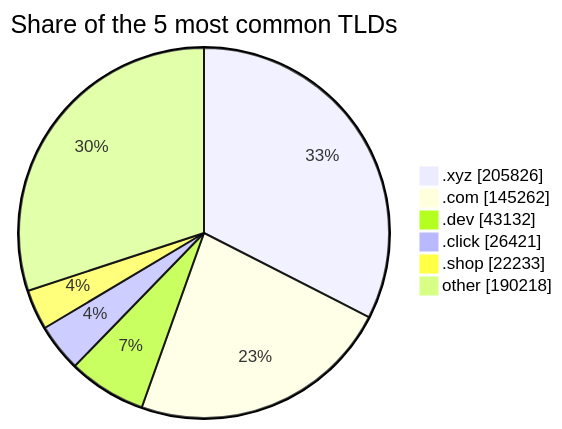
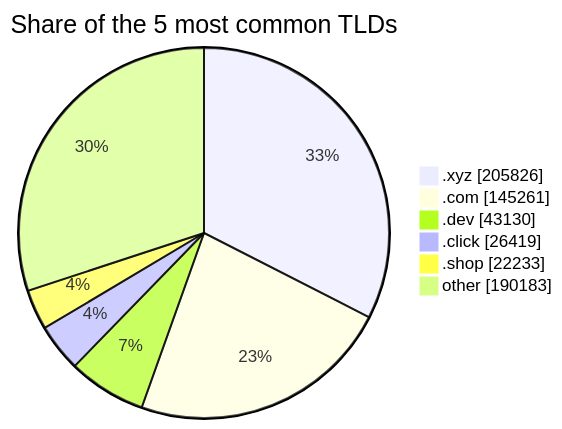
Before and after one commit to DNSBunker/CTI: the third of 3 diagrams in README.md, drawn with Mermaid. The commit also changed other lines of this file and 3 other files, not shown here.

````diff
--- a/README.md
+++ b/README.md
@@ -81,9 +81,9 @@
 ```mermaid
 pie showData title Share of the 5 most common TLDs
     ".xyz" : 205826
-    ".com" : 145262
-    ".dev" : 43132
-    ".click" : 26421
+    ".com" : 145261
+    ".dev" : 43130
+    ".click" : 26419
     ".shop" : 22233
-    "other" : 190218
+    "other" : 190183
 ```
````
